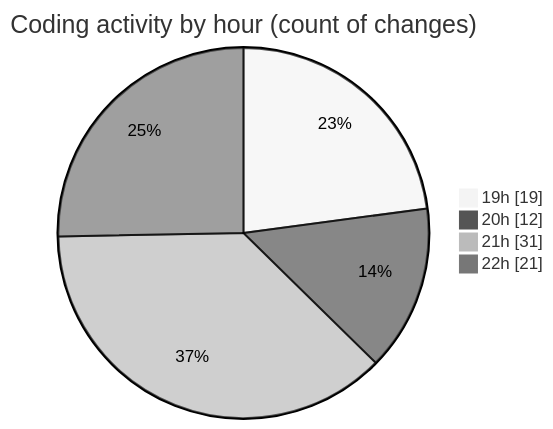
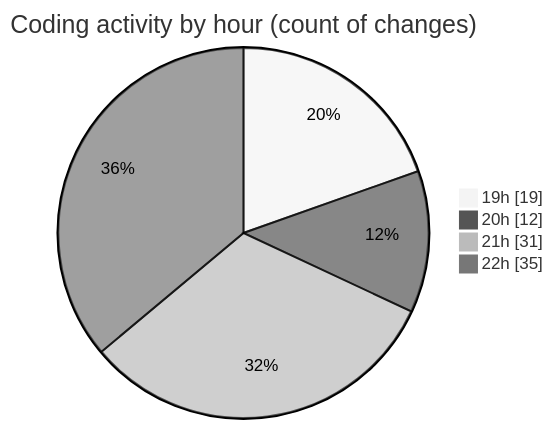
One commit to lephambinh05/code-tracking changed the second of 2 diagrams in 2025-07-28/quanlyrapchieuphim-2/README.md. Above: the diagram before and after it, drawn with Mermaid (neutral theme). The commit also changed other lines of this file and 1 other file, not shown here.

````diff
--- a/2025-07-28/quanlyrapchieuphim-2/README.md
+++ b/2025-07-28/quanlyrapchieuphim-2/README.md
@@ -58,8 +59,8 @@
 ```mermaid
 pie showData
 title Coding activity by hour (count of changes)
 "19h" : 19
 "20h" : 12
 "21h" : 31
-"22h" : 21
+"22h" : 35
 ```
````
